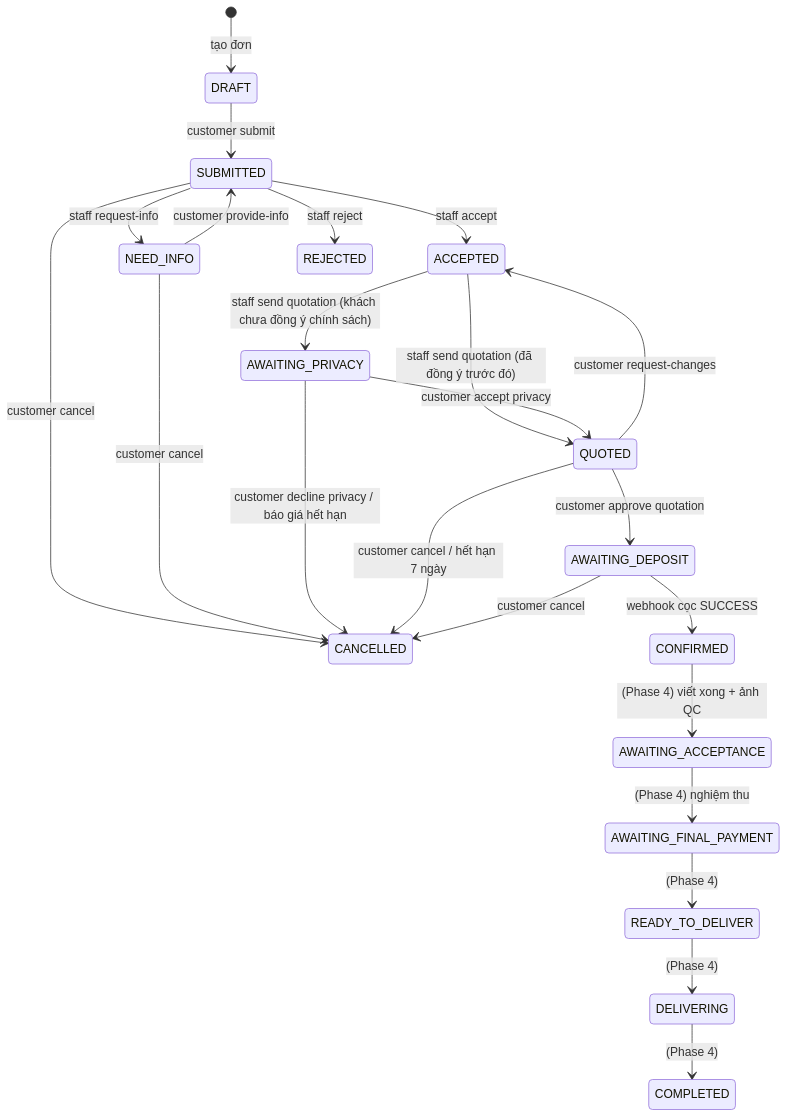
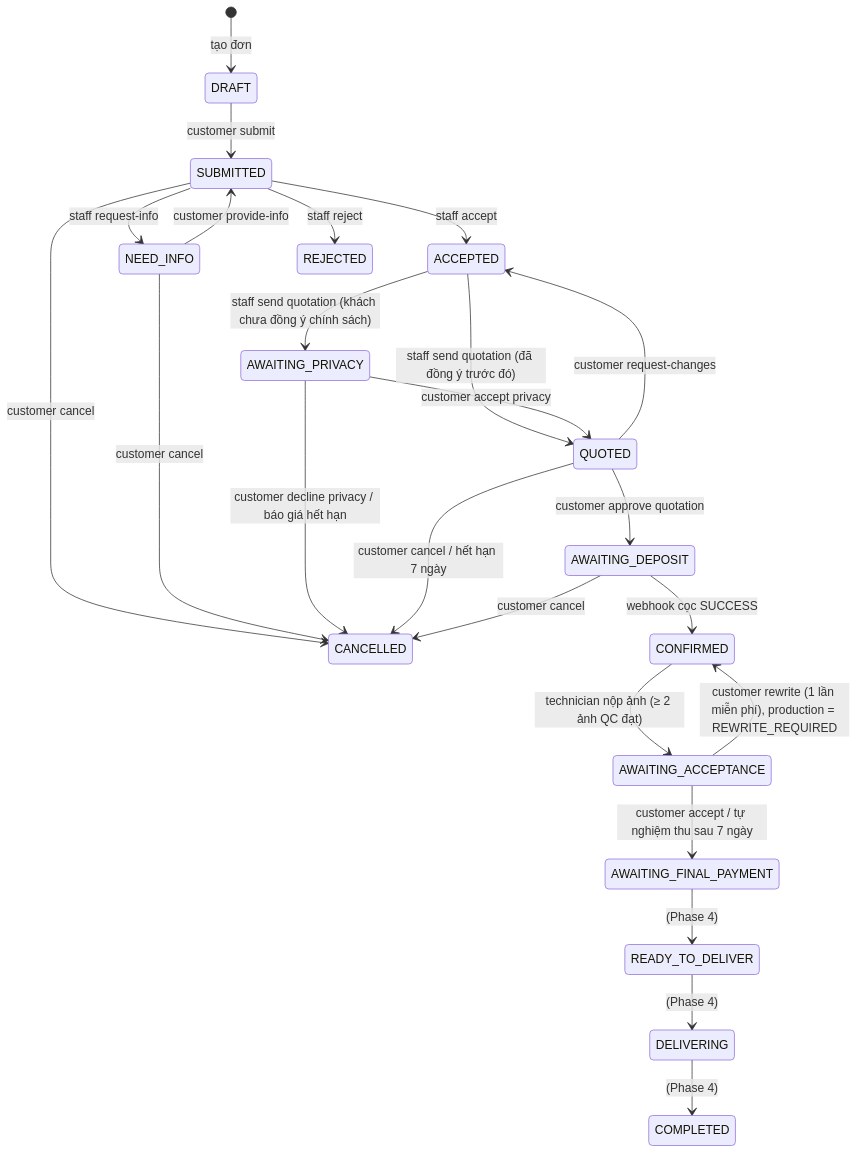
Before and after one commit to Khoa-213/AI-VHRS: the diagram in BE/docs/FE_API_GUIDE.md, drawn with Mermaid. The commit also changed other lines of this file and 16 other files, not shown here.

````diff
--- a/BE/docs/FE_API_GUIDE.md
+++ b/BE/docs/FE_API_GUIDE.md
@@ -93,25 +93,26 @@
 ```mermaid
 stateDiagram-v2
   [*] --> DRAFT: tạo đơn
   DRAFT --> SUBMITTED: customer submit
   SUBMITTED --> ACCEPTED: staff accept
   SUBMITTED --> NEED_INFO: staff request-info
   SUBMITTED --> REJECTED: staff reject
   NEED_INFO --> SUBMITTED: customer provide-info
   SUBMITTED --> CANCELLED: customer cancel
   NEED_INFO --> CANCELLED: customer cancel
   ACCEPTED --> AWAITING_PRIVACY: staff send quotation (khách chưa đồng ý chính sách)
   ACCEPTED --> QUOTED: staff send quotation (đã đồng ý trước đó)
   AWAITING_PRIVACY --> QUOTED: customer accept privacy
   AWAITING_PRIVACY --> CANCELLED: customer decline privacy / báo giá hết hạn
   QUOTED --> ACCEPTED: customer request-changes
   QUOTED --> AWAITING_DEPOSIT: customer approve quotation
   QUOTED --> CANCELLED: customer cancel / hết hạn 7 ngày
   AWAITING_DEPOSIT --> CONFIRMED: webhook cọc SUCCESS
   AWAITING_DEPOSIT --> CANCELLED: customer cancel
-  CONFIRMED --> AWAITING_ACCEPTANCE: (Phase 4) viết xong + ảnh QC
-  AWAITING_ACCEPTANCE --> AWAITING_FINAL_PAYMENT: (Phase 4) nghiệm thu
+  CONFIRMED --> AWAITING_ACCEPTANCE: technician nộp ảnh (≥ 2 ảnh QC đạt)
+  AWAITING_ACCEPTANCE --> AWAITING_FINAL_PAYMENT: customer accept / tự nghiệm thu sau 7 ngày
+  AWAITING_ACCEPTANCE --> CONFIRMED: customer rewrite (1 lần miễn phí), production = REWRITE_REQUIRED
   AWAITING_FINAL_PAYMENT --> READY_TO_DELIVER: (Phase 4)
   READY_TO_DELIVER --> DELIVERING: (Phase 4)
   DELIVERING --> COMPLETED: (Phase 4)
 ```
````
